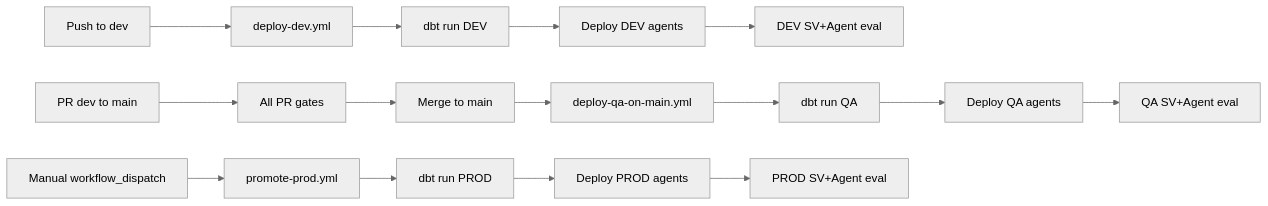
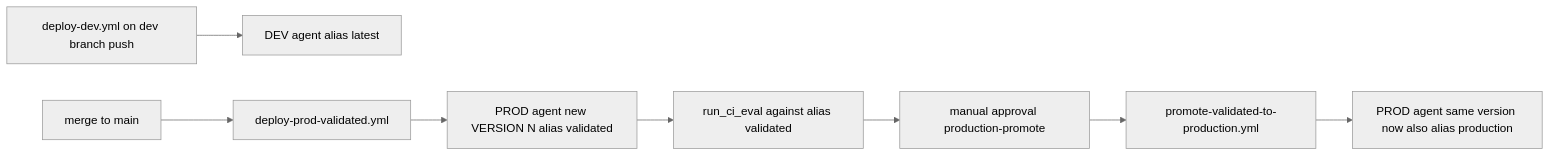
One commit to Jeremy-Demlow/AgentMangement changed the second of 2 diagrams in ENVIRONMENT_PARITY.md. Above: the diagram before and after it, drawn with Mermaid (neutral theme). The commit also changed other lines of this file and 32 other files, not shown here.

````diff
--- a/ENVIRONMENT_PARITY.md
+++ b/ENVIRONMENT_PARITY.md
@@ -132,13 +58,10 @@
 ```mermaid
 flowchart LR
-    DevPush[Push to dev] --> DevDeploy[deploy-dev.yml]
-    DevDeploy --> DevSV[dbt run DEV] --> DevAgents[Deploy DEV agents] --> DevEval[DEV SV+Agent eval]
-
-    PR[PR dev to main] --> Gates[All PR gates]
-    Gates --> Merge[Merge to main]
-    Merge --> QaDeploy[deploy-qa-on-main.yml]
-    QaDeploy --> QaSV[dbt run QA] --> QaAgents[Deploy QA agents] --> QaEval[QA SV+Agent eval]
-
-    Manual[Manual workflow_dispatch] --> ProdPromote[promote-prod.yml]
-    ProdPromote --> ProdSV[dbt run PROD] --> ProdAgents[Deploy PROD agents] --> ProdEval[PROD SV+Agent eval]
+    Dev[deploy-dev.yml on dev branch push] --> DevAgent[DEV agent alias latest]
+    Merge[merge to main] --> ProdValidated[deploy-prod-validated.yml]
+    ProdValidated --> ProdAgentV[PROD agent new VERSION N alias validated]
+    ProdAgentV --> Eval[run_ci_eval against alias validated]
+    Eval --> Approval[manual approval production-promote]
+    Approval --> Flip[promote-validated-to-production.yml]
+    Flip --> ProdAgentP[PROD agent same version now also alias production]
 ```
````
